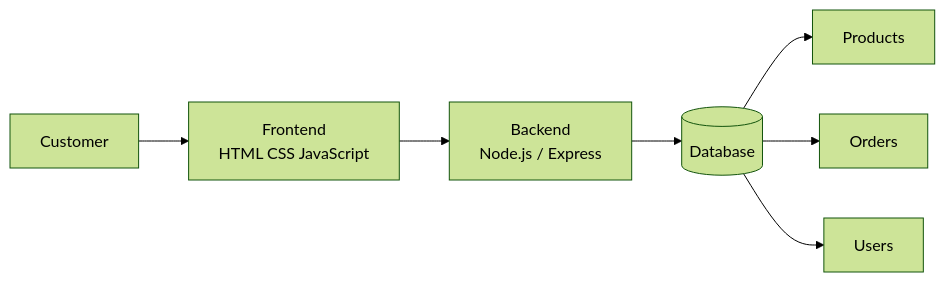
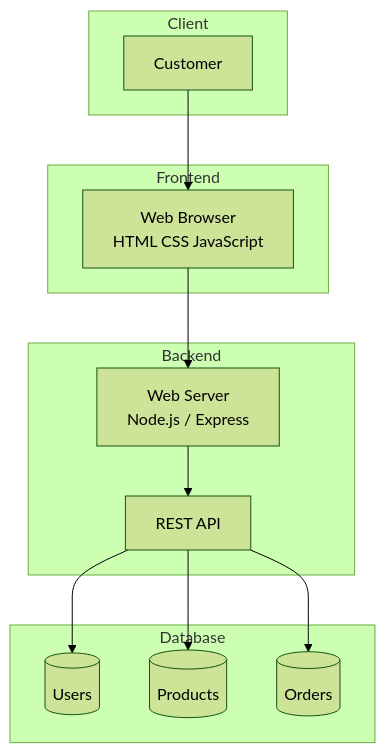
The diagram in README.md (w0rxph0nx-sos/PrimePC), drawn with Mermaid (forest theme) before and after one commit. The commit also changed other lines of this file, not shown here.

Commit message:
Improve System Architecture diagram

````diff
--- a/README.md
+++ b/README.md
@@ -22,20 +5,30 @@
 ```mermaid
-flowchart LR
+flowchart TB
 
-A[Customer]
-B[Frontend<br>HTML CSS JavaScript]
-C[Backend<br>Node.js / Express]
-D[(Database)]
+subgraph Client
+    A[Customer]
+end
 
-E[Products]
-F[Orders]
-G[Users]
+subgraph Frontend
+    B[Web Browser<br/>HTML CSS JavaScript]
+end
+
+subgraph Backend
+    C[Web Server<br/>Node.js / Express]
+    D[REST API]
+end
+
+subgraph Database
+    E[(Users)]
+    F[(Products)]
+    G[(Orders)]
+end
 
 A --> B
 B --> C
 C --> D
 
 D --> E
 D --> F
 D --> G
 ```
````
